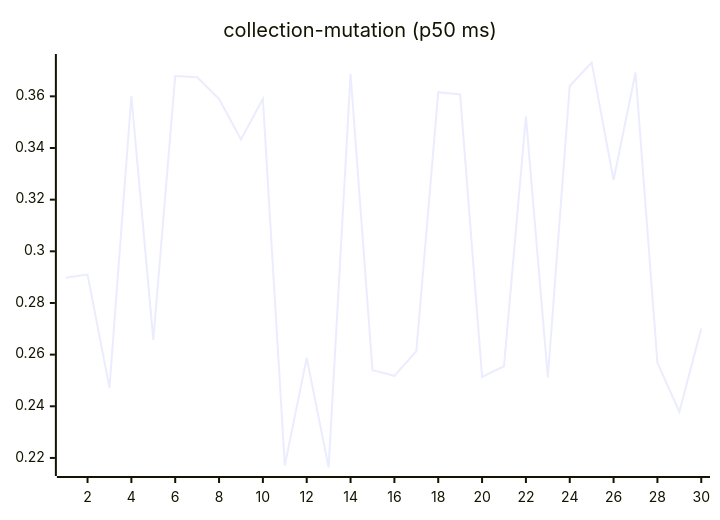
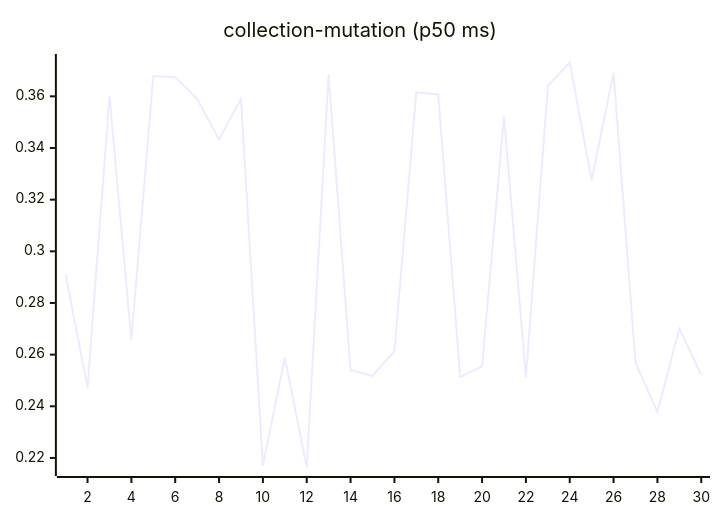
One commit to josha/Facet changed the sixth of 27 diagrams in README.md. Above: the diagram before and after it, drawn with Mermaid. The commit also changed other lines of this file and 2 other files, not shown here.

````diff
--- a/README.md
+++ b/README.md
@@ -98,6 +98,6 @@
 ```mermaid
 xychart-beta
     title "collection-mutation (p50 ms)"
     x-axis 1 --> 30
-    line [0.2898, 0.2910, 0.2472, 0.3601, 0.2657, 0.3679, 0.3674, 0.3590, 0.3433, 0.3590, 0.2171, 0.2588, 0.2163, 0.3686, 0.2540, 0.2518, 0.2613, 0.3616, 0.3607, 0.2514, 0.2555, 0.3523, 0.2512, 0.3640, 0.3731, 0.3276, 0.3692, 0.2569, 0.2378, 0.2701]
+    line [0.2910, 0.2472, 0.3601, 0.2657, 0.3679, 0.3674, 0.3590, 0.3433, 0.3590, 0.2171, 0.2588, 0.2163, 0.3686, 0.2540, 0.2518, 0.2613, 0.3616, 0.3607, 0.2514, 0.2555, 0.3523, 0.2512, 0.3640, 0.3731, 0.3276, 0.3692, 0.2569, 0.2378, 0.2701, 0.2522]
 ```
````
